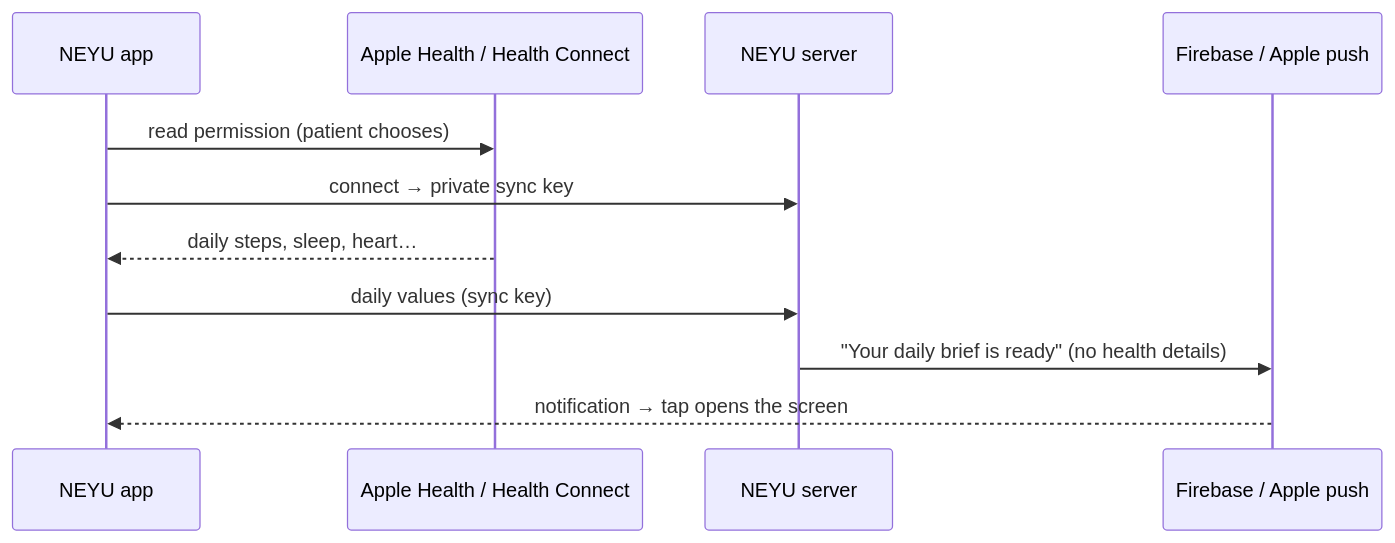
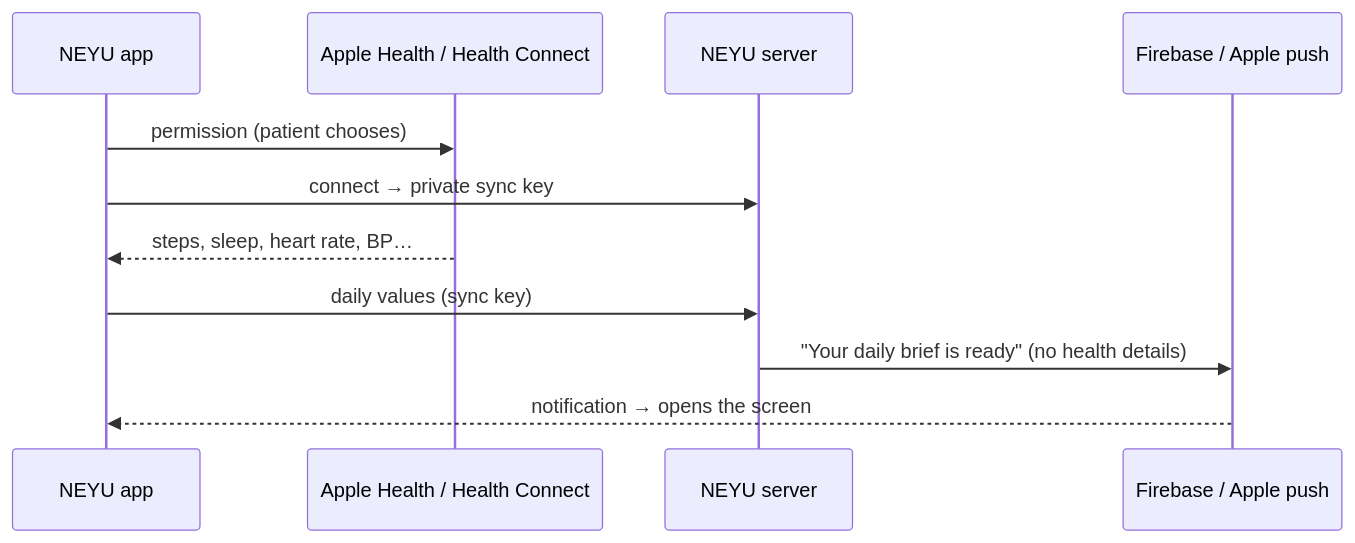
Before and after one commit to arshdeepsingh11/Neyu-AI: the eighth of 11 diagrams in README.md, drawn with Mermaid. The commit also changed other lines of this file and 2 other files, not shown here.

Commit message:
Rewrite README as product documentation with charts

````diff
--- a/README.md
+++ b/README.md
@@ -141,13 +300,13 @@
 ```mermaid
 sequenceDiagram
   participant Phone as NEYU app
   participant Health as Apple Health / Health Connect
   participant API as NEYU server
   participant Push as Firebase / Apple push
-  Phone->>Health: read permission (patient chooses)
+  Phone->>Health: permission (patient chooses)
   Phone->>API: connect → private sync key
-  Health-->>Phone: daily steps, sleep, heart…
+  Health-->>Phone: steps, sleep, heart rate, BP…
   Phone->>API: daily values (sync key)
   API->>Push: "Your daily brief is ready" (no health details)
-  Push-->>Phone: notification → tap opens the screen
+  Push-->>Phone: notification → opens the screen
 ```
````
